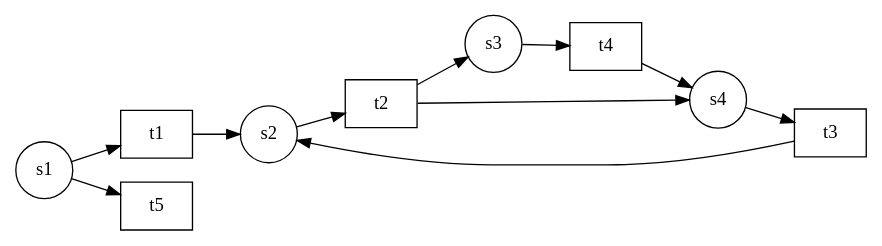
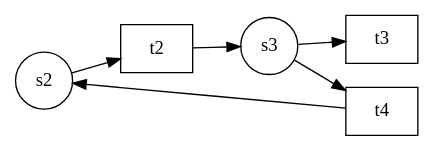
Before and after one commit to dnannen/reduction-of-petri-nets: the diagram in Reduktionsalgorithmen/petri-netz.gv, drawn with Graphviz. The commit also changed 5 other files, not shown here.

```diff
--- a/Reduktionsalgorithmen/petri-netz.gv
+++ b/Reduktionsalgorithmen/petri-netz.gv
@@ -1,23 +1,14 @@
 digraph petrinet{
 node[shape=circle];
 rankdir=LR;
-"s1";
 "s2";
 "s3";
-"s4";
-"t1" [shape=box];
 "t2" [shape=box];
 "t3" [shape=box];
 "t4" [shape=box];
-"t5" [shape=box];
-"s1"->"t1"
-"s1"->"t5"
 "s2"->"t2"
+"s3"->"t3"
 "s3"->"t4"
-"s4"->"t3"
-"t1"->"s2"
 "t2"->"s3"
-"t2"->"s4"
-"t3"->"s2"
-"t4"->"s4"
+"t4"->"s2"
 }
```
